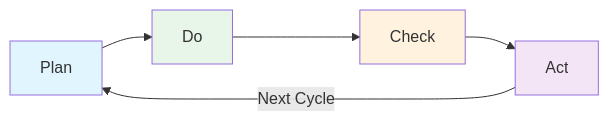
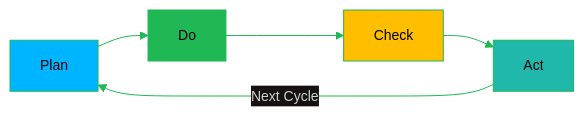
One commit to oat431/swe-knowledge changed the first of 12 diagrams in software-engineering-note/10_Software_Engineering_Process/07_Process_Assessment_and_Improvement.md. Above: the diagram before and after it, drawn with Mermaid. The commit also changed other lines of this file and 28 other files, not shown here.

````diff
--- a/software-engineering-note/10_Software_Engineering_Process/07_Process_Assessment_and_Improvement.md
+++ b/software-engineering-note/10_Software_Engineering_Process/07_Process_Assessment_and_Improvement.md
@@ -20,12 +20,13 @@
 ```mermaid
+%%{init: {'theme':'base','themeVariables':{'primaryColor':'#19362D','primaryTextColor':'#CDD3D1','primaryBorderColor':'#1FB854','lineColor':'#1FB854','secondaryColor':'#161212','tertiaryColor':'#1B1717','background':'#1B1717','mainBkg':'#19362D','nodeBorder':'#1FB854','clusterBkg':'#161212','clusterBorder':'#19362D','titleColor':'#1FB854','edgeLabelBackground':'#161212','fontSize':'14px'}}}%%
 graph LR
     P[Plan] --> D[Do]
     D --> C[Check]
     C --> A[Act]
     A -->|Next Cycle| P
     
-    style P fill:#e1f5fe
-    style D fill:#e8f5e9
-    style C fill:#fff3e0
-    style A fill:#f3e5f5
+    style P fill:#00B5FF,color:#000000
+    style D fill:#1FB854,color:#000000
+    style C fill:#FFBE00,color:#000000
+    style A fill:#1FB8AB,color:#000000
 ```
````
